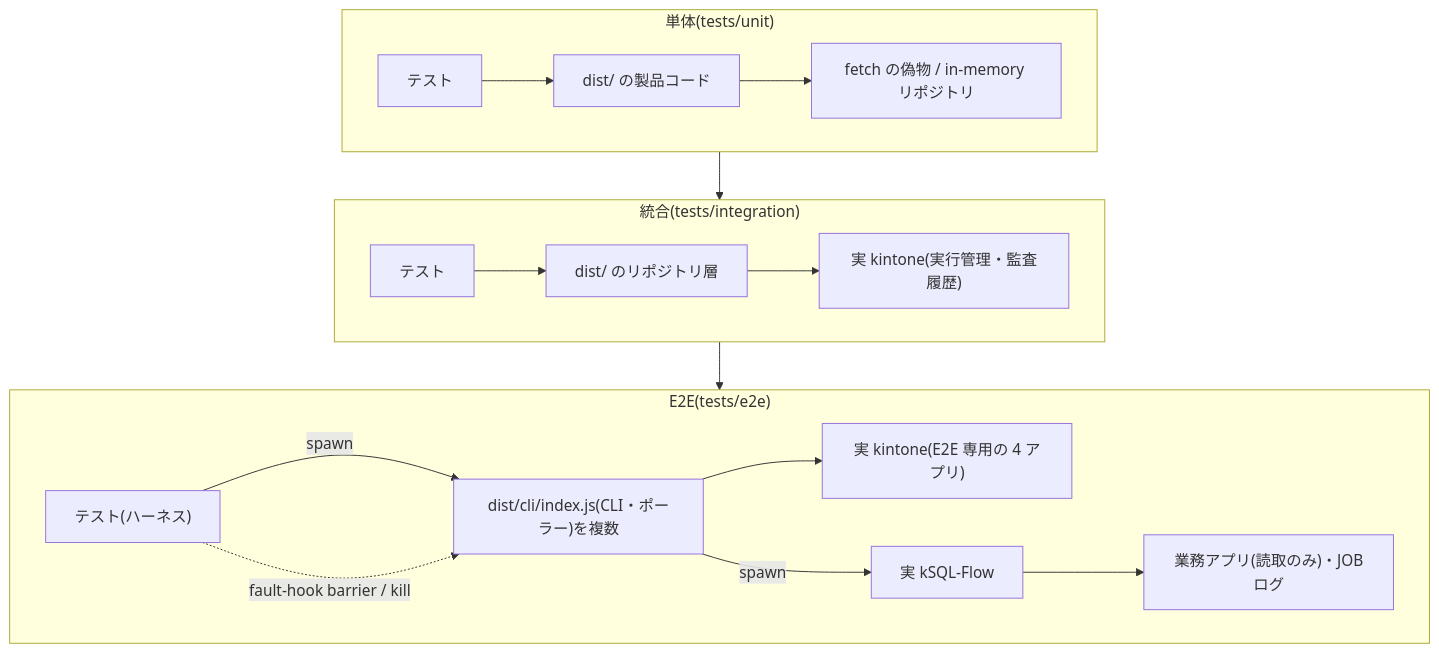
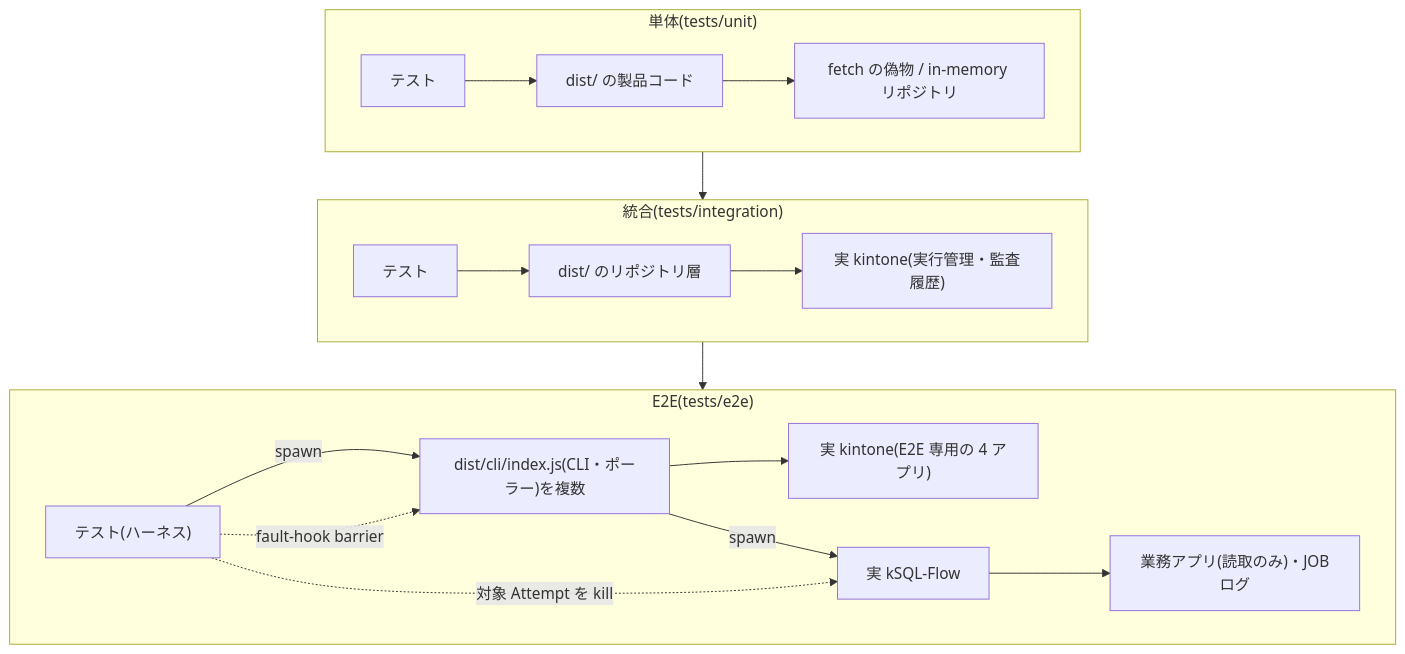
One commit to rex0220/ksql-flownet changed the first of 2 diagrams in docs/internal/qiita-draft-9.md. Above: the diagram before and after it, drawn with Mermaid. The commit also changed other lines of this file and 1 other file, not shown here.

Commit message:
docs: #9 第2巡 — kill の対象を書き分け、二重起動の裁定者を record_key / Network ロック / ジョブロックに分離、barrier はインターリーブの固定と明記、見出しと README 参照

````diff
--- a/docs/internal/qiita-draft-9.md
+++ b/docs/internal/qiita-draft-9.md
@@ -30,22 +30,23 @@
 ```mermaid
 flowchart TB
   subgraph U["単体(tests/unit)"]
     direction LR
     U1["テスト"] --> U2["dist/ の製品コード"]
     U2 --> U3["fetch の偽物 / in-memory リポジトリ"]
   end
   subgraph I["統合(tests/integration)"]
     direction LR
     I1["テスト"] --> I2["dist/ のリポジトリ層"]
     I2 --> I3["実 kintone(実行管理・監査履歴)"]
   end
   subgraph E["E2E(tests/e2e)"]
     direction LR
     E1["テスト(ハーネス)"] -->|spawn| E2["dist/cli/index.js(CLI・ポーラー)を複数"]
     E2 --> E3["実 kintone(E2E 専用の 4 アプリ)"]
     E2 -->|spawn| E4["実 kSQL-Flow"]
     E4 --> E5["業務アプリ(読取のみ)・JOBログ"]
-    E1 -.->|fault-hook barrier / kill| E2
+    E1 -.->|fault-hook barrier| E2
+    E1 -.->|対象 Attempt を kill| E4
   end
   U --> I --> E
 ```
````
